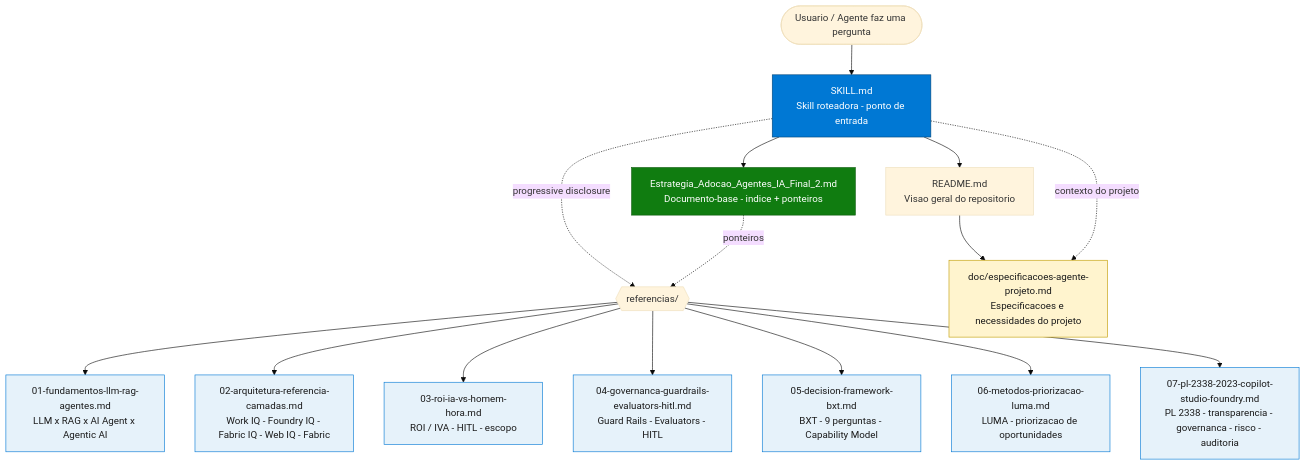
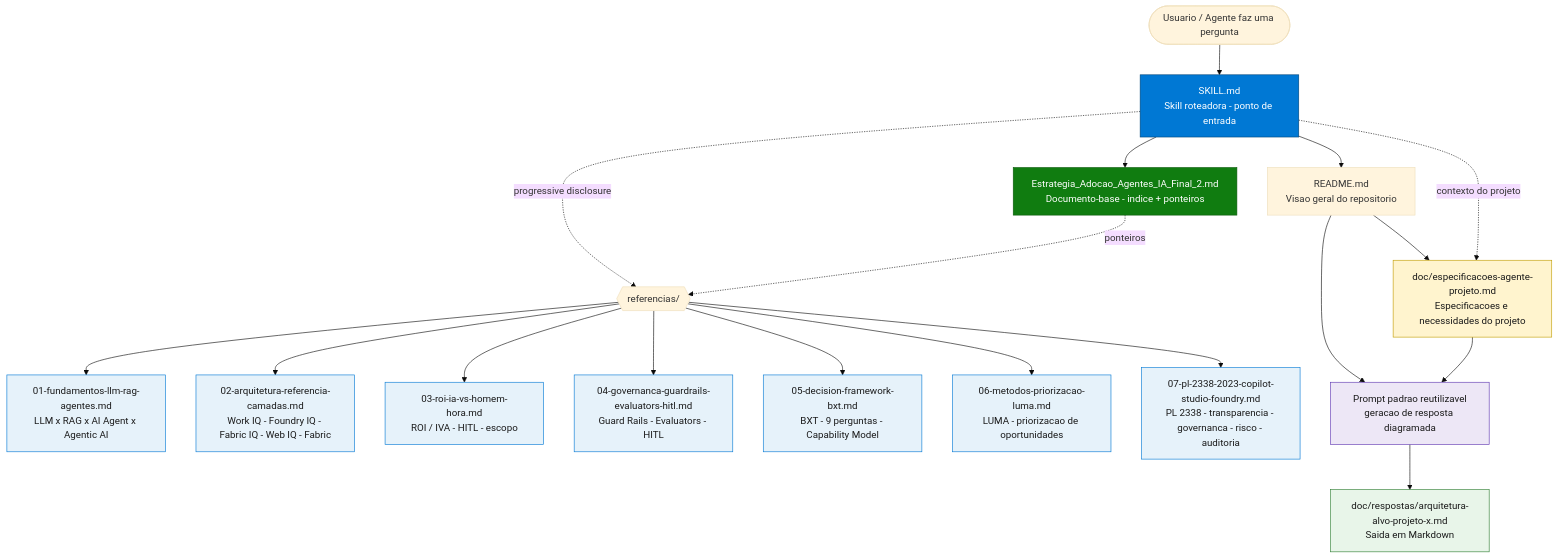
Before and after one commit to fabioharams/hubsp-ai-skill: the first of 2 diagrams in README.md, drawn with Mermaid (base theme). The commit also changed other lines of this file, not shown here.

Commit message:
gera output em markdown em formato executivo

````diff
--- a/README.md
+++ b/README.md
@@ -37,29 +37,36 @@
 ```mermaid
 graph TD
     USER([Usuario / Agente faz uma pergunta]) --> SKILL[SKILL.md<br/>Skill roteadora - ponto de entrada]
     SKILL --> CANON[Estrategia_Adocao_Agentes_IA_Final_2.md<br/>Documento-base - indice + ponteiros]
 
     SKILL -. progressive disclosure .-> REF{{referencias/}}
     CANON -. ponteiros .-> REF
 
       REF --> R1[01-fundamentos-llm-rag-agentes.md<br/>LLM x RAG x AI Agent x Agentic AI]
       REF --> R2[02-arquitetura-referencia-camadas.md<br/>Work IQ - Foundry IQ - Fabric IQ - Web IQ - Fabric]
       REF --> R3[03-roi-ia-vs-homem-hora.md<br/>ROI / IVA - HITL - escopo]
       REF --> R4[04-governanca-guardrails-evaluators-hitl.md<br/>Guard Rails - Evaluators - HITL]
       REF --> R5[05-decision-framework-bxt.md<br/>BXT - 9 perguntas - Capability Model]
       REF --> R6[06-metodos-priorizacao-luma.md<br/>LUMA - priorizacao de oportunidades]
       REF --> R7[07-pl-2338-2023-copilot-studio-foundry.md<br/>PL 2338 - transparencia - governanca - risco - auditoria]
 
     SKILL --> README[README.md<br/>Visao geral do repositorio]
    README --> DOC[doc/especificacoes-agente-projeto.md<br/>Especificacoes e necessidades do projeto]
    SKILL -. contexto do projeto .-> DOC
+   README --> PROMPT[Prompt padrao reutilizavel<br/>geracao de resposta diagramada]
+   DOC --> PROMPT
+   PROMPT --> OUTMD[doc/respostas/arquitetura-alvo-projeto-x.md<br/>Saida em Markdown]
 
     classDef entry fill:#0078D4,stroke:#004578,color:#fff;
     classDef canon fill:#107C10,stroke:#0B5A0B,color:#fff;
     classDef ref fill:#E6F2FA,stroke:#0078D4,color:#1a1a1a;
    classDef doc fill:#FFF4CE,stroke:#C19C00,color:#1a1a1a;
+   classDef prompt fill:#EDE7F6,stroke:#5E35B1,color:#1a1a1a;
+   classDef output fill:#E8F5E9,stroke:#2E7D32,color:#1a1a1a;
     class SKILL entry;
     class CANON canon;
    class R1,R2,R3,R4,R5,R6,R7 ref;
    class DOC doc;
+   class PROMPT prompt;
+   class OUTMD output;
 ```
````
